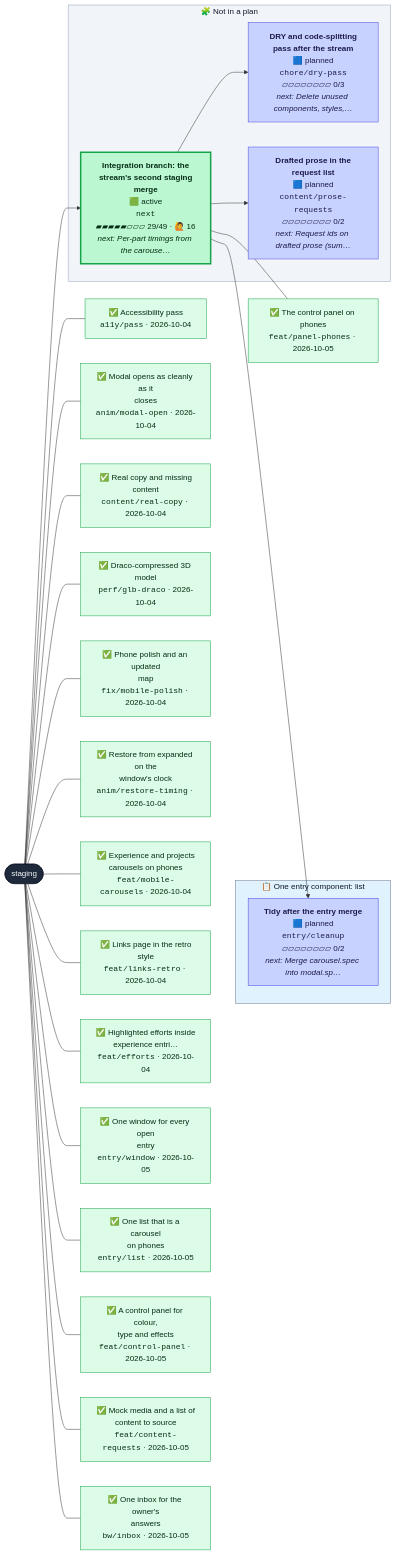
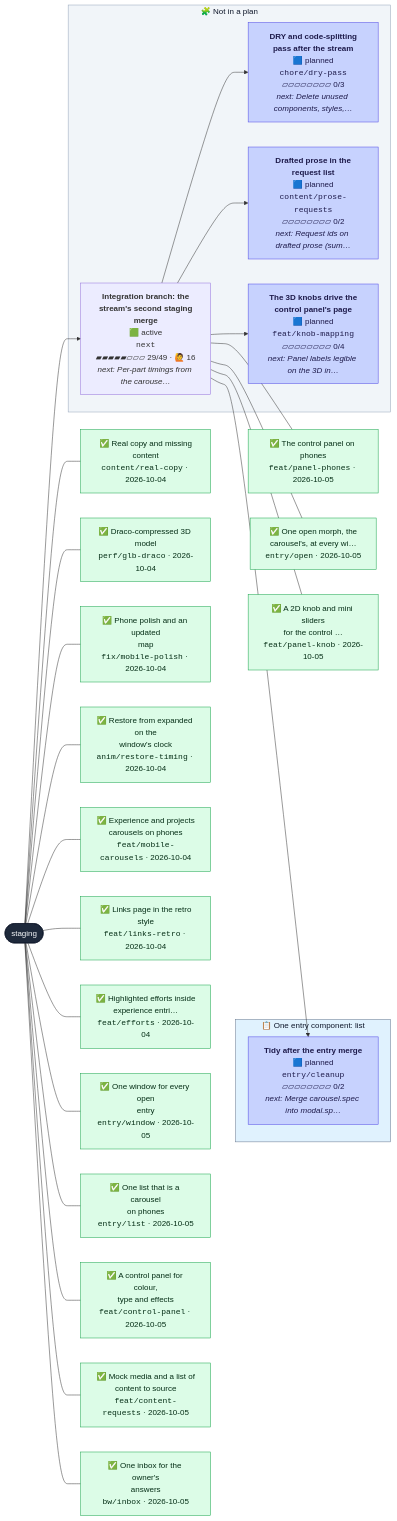
One commit to henryjonescodes/portfolio changed the second of 2 diagrams in CONTRIBUTING.md. Above: the diagram before and after it, drawn with Mermaid. The commit also changed other lines of this file, not shown here.

````diff
--- a/CONTRIBUTING.md
+++ b/CONTRIBUTING.md
@@ -63,77 +66,80 @@
 ```mermaid
 flowchart LR
   n_staging([staging])
   class n_staging trunk
   subgraph plan_0["📋 One entry component: list"]
     n_entry_cleanup["<b>Tidy after the entry merge</b><br/>🟦 planned<br/><code>entry/cleanup</code><br/>▱▱▱▱▱▱▱▱ 0/2<br/><i>next: Merge carousel.spec into modal.sp…</i>"]
     class n_entry_cleanup planned
   end
   style plan_0 fill:#e0f2fe,stroke:#64748b,color:#0f172a
   subgraph loose["🧩 Not in a plan"]
     n_chore_dry_pass["<b>DRY and code-splitting<br/>pass after the stream</b><br/>🟦 planned<br/><code>chore/dry-pass</code><br/>▱▱▱▱▱▱▱▱ 0/3<br/><i>next: Delete unused components, styles,…</i>"]
     class n_chore_dry_pass planned
     n_content_prose_requests["<b>Drafted prose in the<br/>request list</b><br/>🟦 planned<br/><code>content/prose-requests</code><br/>▱▱▱▱▱▱▱▱ 0/2<br/><i>next: Request ids on drafted prose (sum…</i>"]
     class n_content_prose_requests planned
+    n_feat_knob_mapping["<b>The 3D knobs drive the<br/>control panel's page</b><br/>🟦 planned<br/><code>feat/knob-mapping</code><br/>▱▱▱▱▱▱▱▱ 0/4<br/><i>next: Panel labels legible on the 3D in…</i>"]
+    class n_feat_knob_mapping planned
     n_next["<b>Integration branch: the<br/>stream's second staging<br/>merge</b><br/>🟩 active<br/><code>next</code><br/>▰▰▰▰▰▱▱▱ 29/49 · 🙋 16<br/><i>next: Per-part timings from the carouse…</i>"]
-    class n_next active
+    class n_next active,current
   end
   style loose fill:#f1f5f9,stroke:#94a3b8,color:#0f172a
   n_next --> n_chore_dry_pass
   n_next --> n_content_prose_requests
   n_next --> n_entry_cleanup
+  n_next --> n_feat_knob_mapping
   n_staging --> n_next
-  landed_0["✅ Accessibility pass<br/><code>a11y/pass</code> · 2026-10-04"]
+  landed_0["✅ Real copy and missing<br/>content<br/><code>content/real-copy</code> · 2026-10-04"]
   class landed_0 merged
   n_staging --- landed_0
-  landed_1["✅ Modal opens as cleanly as it<br/>closes<br/><code>anim/modal-open</code> · 2026-10-04"]
+  landed_1["✅ Draco-compressed 3D model<br/><code>perf/glb-draco</code> · 2026-10-04"]
   class landed_1 merged
   n_staging --- landed_1
-  landed_2["✅ Real copy and missing<br/>content<br/><code>content/real-copy</code> · 2026-10-04"]
+  landed_2["✅ Phone polish and an updated<br/>map<br/><code>fix/mobile-polish</code> · 2026-10-04"]
   class landed_2 merged
   n_staging --- landed_2
-  landed_3["✅ Draco-compressed 3D model<br/><code>perf/glb-draco</code> · 2026-10-04"]
+  landed_3["✅ Restore from expanded on the<br/>window's clock<br/><code>anim/restore-timing</code> · 2026-10-04"]
   class landed_3 merged
   n_staging --- landed_3
-  landed_4["✅ Phone polish and an updated<br/>map<br/><code>fix/mobile-polish</code> · 2026-10-04"]
+  landed_4["✅ Experience and projects<br/>carousels on phones<br/><code>feat/mobile-carousels</code> · 2026-10-04"]
   class landed_4 merged
   n_staging --- landed_4
-  landed_5["✅ Restore from expanded on the<br/>window's clock<br/><code>anim/restore-timing</code> · 2026-10-04"]
+  landed_5["✅ Links page in the retro<br/>style<br/><code>feat/links-retro</code> · 2026-10-04"]
   class landed_5 merged
   n_staging --- landed_5
-  landed_6["✅ Experience and projects<br/>carousels on phones<br/><code>feat/mobile-carousels</code> · 2026-10-04"]
+  landed_6["✅ Highlighted efforts inside<br/>experience entri…<br/><code>feat/efforts</code> · 2026-10-04"]
   class landed_6 merged
   n_staging --- landed_6
-  landed_7["✅ Links page in the retro<br/>style<br/><code>feat/links-retro</code> · 2026-10-04"]
+  landed_7["✅ One window for every open<br/>entry<br/><code>entry/window</code> · 2026-10-05"]
   class landed_7 merged
   n_staging --- landed_7
-  landed_8["✅ Highlighted efforts inside<br/>experience entri…<br/><code>feat/efforts</code> · 2026-10-04"]
+  landed_8["✅ One list that is a carousel<br/>on phones<br/><code>entry/list</code> · 2026-10-05"]
   class landed_8 merged
   n_staging --- landed_8
-  landed_9["✅ One window for every open<br/>entry<br/><code>entry/window</code> · 2026-10-05"]
+  landed_9["✅ A control panel for colour,<br/>type and effects<br/><code>feat/control-panel</code> · 2026-10-05"]
   class landed_9 merged
   n_staging --- landed_9
-  landed_10["✅ One list that is a carousel<br/>on phones<br/><code>entry/list</code> · 2026-10-05"]
+  landed_10["✅ Mock media and a list of<br/>content to source<br/><code>feat/content-requests</code> · 2026-10-05"]
   class landed_10 merged
   n_staging --- landed_10
-  landed_11["✅ A control panel for colour,<br/>type and effects<br/><code>feat/control-panel</code> · 2026-10-05"]
+  landed_11["✅ One inbox for the owner's<br/>answers<br/><code>bw/inbox</code> · 2026-10-05"]
   class landed_11 merged
   n_staging --- landed_11
-  landed_12["✅ Mock media and a list of<br/>content to source<br/><code>feat/content-requests</code> · 2026-10-05"]
+  landed_12["✅ The control panel on phones<br/><code>feat/panel-phones</code> · 2026-10-05"]
   class landed_12 merged
-  n_staging --- landed_12
-  landed_13["✅ One inbox for the owner's<br/>answers<br/><code>bw/inbox</code> · 2026-10-05"]
+  n_next --- landed_12
+  landed_13["✅ One open morph, the<br/>carousel's, at every wi…<br/><code>entry/open</code> · 2026-10-05"]
   class landed_13 merged
-  n_staging --- landed_13
-  landed_14["✅ The control panel on phones<br/><code>feat/panel-phones</code> · 2026-10-05"]
+  n_next --- landed_13
+  landed_14["✅ A 2D knob and mini sliders<br/>for the control …<br/><code>feat/panel-knob</code> · 2026-10-05"]
   class landed_14 merged
   n_next --- landed_14
   classDef merged fill:#dcfce7,stroke:#16a34a,color:#052e16
   classDef todo fill:#ffffff,stroke:#94a3b8,stroke-dasharray:2 2,color:#334155
   classDef planned fill:#c7d2fe,stroke:#4f46e5,color:#1e1b4b
   classDef sketched fill:#f8fafc,stroke:#64748b,stroke-dasharray:4 3,color:#334155
   classDef active fill:#bbf7d0,stroke:#16a34a,stroke-width:3px,color:#052e16
   classDef review fill:#fde68a,stroke:#d97706,stroke-width:3px,color:#451a03
   classDef blocked fill:#fecaca,stroke:#dc2626,stroke-width:3px,color:#450a0a
   classDef trunk fill:#1e293b,stroke:#0f172a,color:#f8fafc
   classDef current stroke:#0ea5e9,stroke-width:5px
 ```
````
